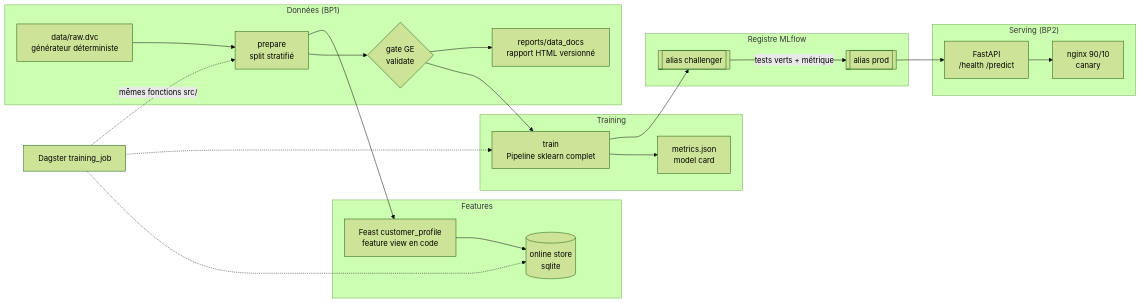
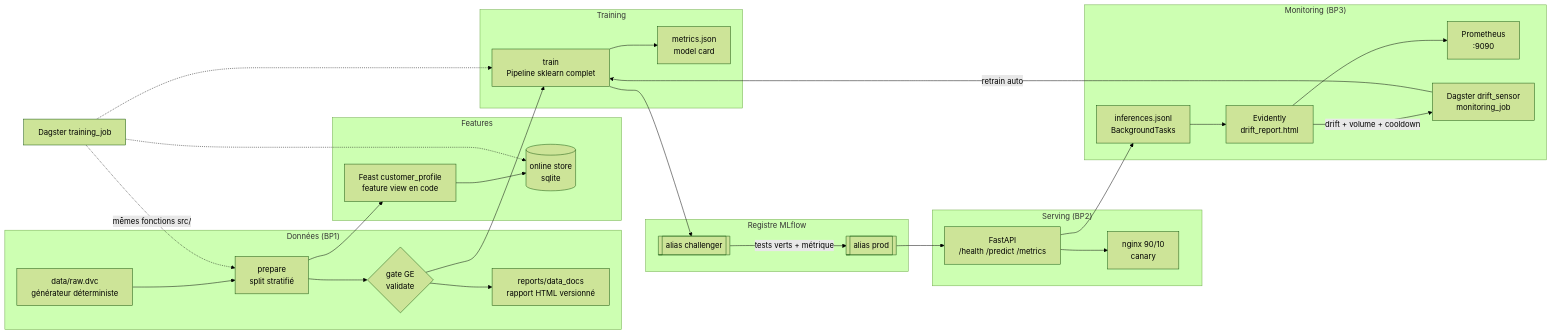
The diagram in README.md (GregoireLoens/mlops-template), drawn with Mermaid (forest theme) before and after one commit. The commit also changed other lines of this file and 26 other files, not shown here.

First line of the commit message:
feat: BP3 — monitoring production, drift & retrain loop

````diff
--- a/README.md
+++ b/README.md
@@ -15,35 +16,45 @@
 ```mermaid
 flowchart LR
     subgraph donnees["Données (BP1)"]
         RAW["data/raw.dvc<br/>générateur déterministe"]
         PREP["prepare<br/>split stratifié"]
         GE{"gate GE<br/>validate"}
         DOCS["reports/data_docs<br/>rapport HTML versionné"]
     end
     subgraph features["Features"]
         FV["Feast customer_profile<br/>feature view en code"]
         ONL[("online store<br/>sqlite")]
     end
     subgraph training["Training"]
         TR["train<br/>Pipeline sklearn complet"]
         MM["metrics.json<br/>model card"]
     end
     subgraph registre["Registre MLflow"]
         CH[["alias challenger"]]
         PR[["alias prod"]]
     end
     subgraph serving["Serving (BP2)"]
-        API["FastAPI<br/>/health /predict"]
+        API["FastAPI<br/>/health /predict /metrics"]
         NGX["nginx 90/10<br/>canary"]
+    end
+    subgraph monitoring["Monitoring (BP3)"]
+        LOG["inferences.jsonl<br/>BackgroundTasks"]
+        EV["Evidently<br/>drift_report.html"]
+        PRM["Prometheus<br/>:9090"]
+        SEN["Dagster drift_sensor<br/>monitoring_job"]
     end
     RAW --> PREP --> GE --> TR
     PREP --> FV --> ONL
     GE --> DOCS
     TR --> MM
     TR --> CH
     CH -- "tests verts + métrique" --> PR
     PR --> API --> NGX
+    API --> LOG --> EV
+    EV --> PRM
+    EV -- "drift + volume + cooldown" --> SEN
+    SEN -- "retrain auto" --> TR
     DAG["Dagster training_job"] -. "mêmes fonctions src/" .-> PREP
     DAG -.-> ONL
     DAG -.-> TR
 ```
````
